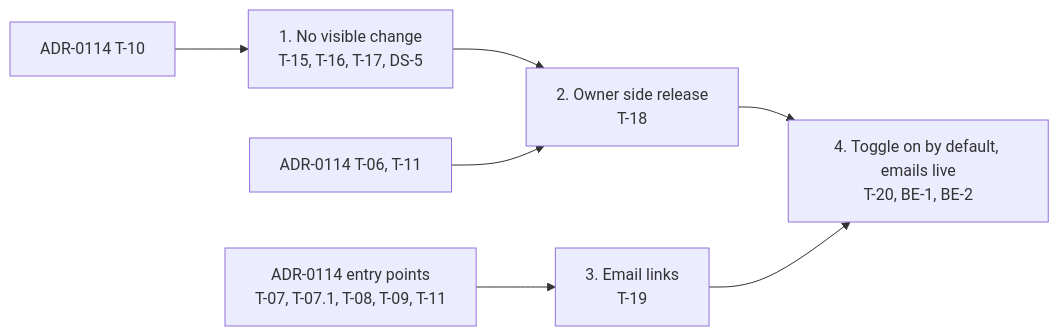
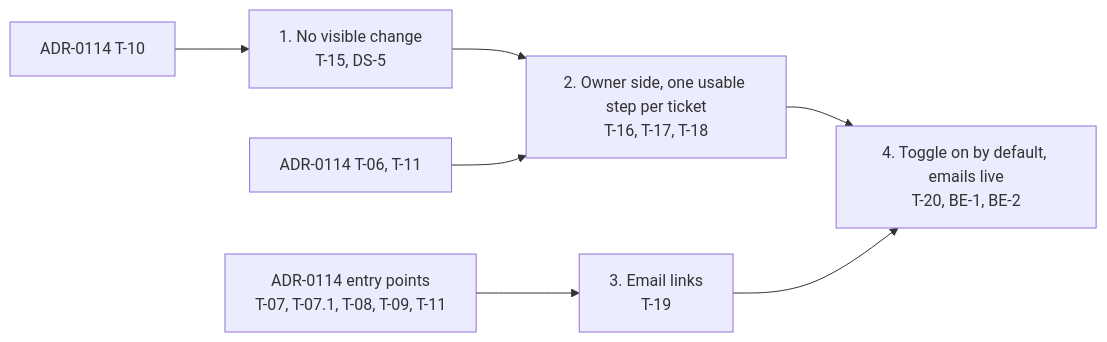
The diagram in docs/adr/0115-manage-my-delegates.md (linagora/tmail-flutter), drawn with Mermaid before and after one commit. The commit also changed other lines of this file, not shown here.

Commit message:
TF-5023 Reorder ADR-0115 owner side tickets so each ships usable UI and drop the confirm step

````diff
--- a/docs/adr/0115-manage-my-delegates.md
+++ b/docs/adr/0115-manage-my-delegates.md
@@ -100,7 +102,7 @@
 ```mermaid
 flowchart LR
-  P1["ADR-0114 T-10"] --> S1["1. No visible change<br/>T-15, T-16, T-17, DS-5"] --> S2["2. Owner side release<br/>T-18"]
+  P1["ADR-0114 T-10"] --> S1["1. No visible change<br/>T-15, DS-5"] --> S2["2. Owner side, one usable step per ticket<br/>T-16, T-17, T-18"]
   P2["ADR-0114 T-06, T-11"] --> S2
   P3["ADR-0114 entry points<br/>T-07, T-07.1, T-08, T-09, T-11"] --> S3["3. Email links<br/>T-19"]
   S2 & S3 --> S4["4. Toggle on by default, emails live<br/>T-20, BE-1, BE-2"]
 ```
````
